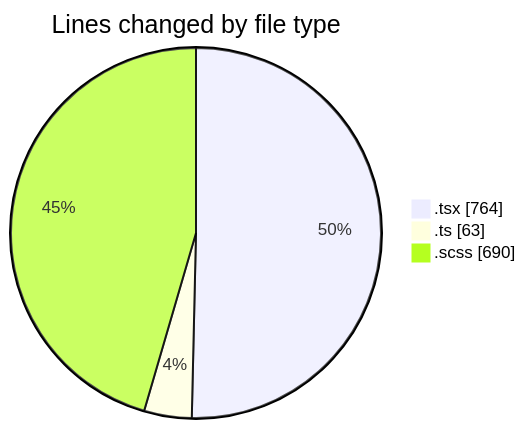
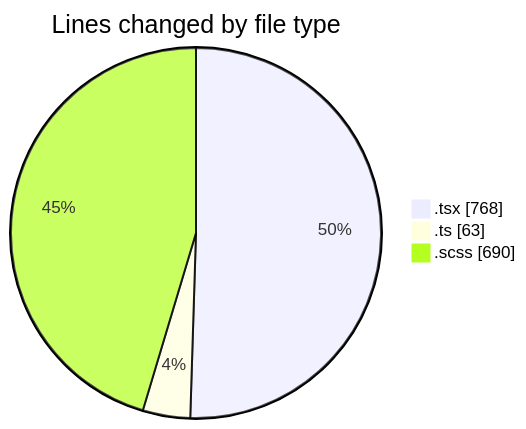
One commit to momahboobian/code-tracking changed the first of 2 diagrams in 2025-04-02/cda/README.md. Above: the diagram before and after it, drawn with Mermaid. The commit also changed other lines of this file and 1 other file, not shown here.

````diff
--- a/2025-04-02/cda/README.md
+++ b/2025-04-02/cda/README.md
@@ -26,7 +26,7 @@
 ```mermaid
 pie showData
 title Lines changed by file type
-".tsx" : 764
+".tsx" : 768
 ".ts" : 63
 ".scss" : 690
 ```
````
